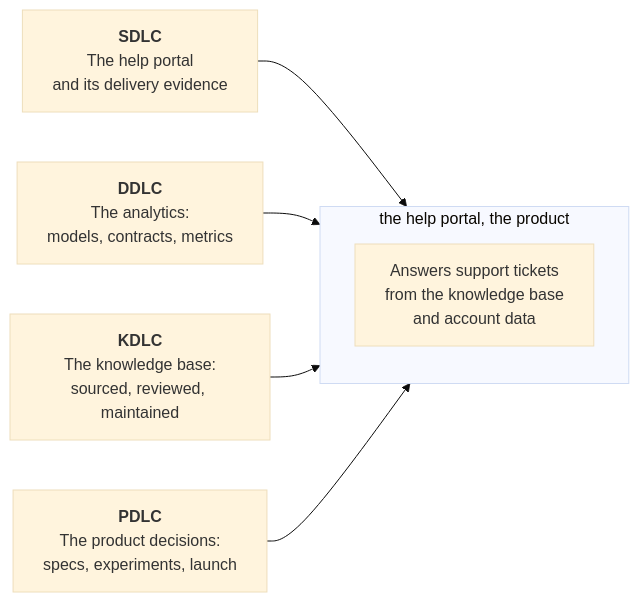
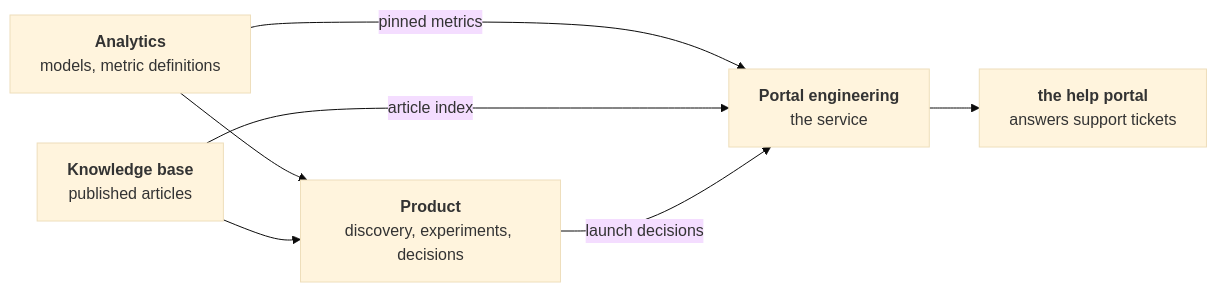
Before and after one commit to techindicium/portwell-knowledge: the first of 2 diagrams in STUDENT-GUIDE.md, drawn with Mermaid (base theme). The commit also changed other lines of this file, not shown here.

````diff
--- a/STUDENT-GUIDE.md
+++ b/STUDENT-GUIDE.md
@@ -14,17 +30,14 @@
 ```mermaid
 flowchart LR
-  subgraph P["the help portal, the product"]
-    direction TB
-    PROD["Answers support tickets<br/>from the knowledge base<br/>and account data"]
-  end
-
-  SDLC["<b>SDLC</b><br/>The help portal<br/>and its delivery evidence"]
-  DDLC["<b>DDLC</b><br/>The analytics:<br/>models, contracts, metrics"]
-  KDLC["<b>KDLC</b><br/>The knowledge base:<br/>sourced, reviewed, maintained"]
-  PDLC["<b>PDLC</b><br/>The product decisions:<br/>specs, experiments, launch"]
-
-  SDLC --> P
-  DDLC --> P
-  KDLC --> P
-  PDLC --> P
+  A["<b>Portal engineering</b><br/>the service"]
+  D["<b>Analytics</b><br/>models, metric definitions"]
+  K["<b>Knowledge base</b><br/>published articles"]
+  P["<b>Product</b><br/>discovery, experiments, decisions"]
+  PA["<b>the help portal</b><br/>answers support tickets"]
+  A --> PA
+  D -->|"pinned metrics"| A
+  K -->|"article index"| A
+  P -->|"launch decisions"| A
+  D --> P
+  K --> P
 ```
````
